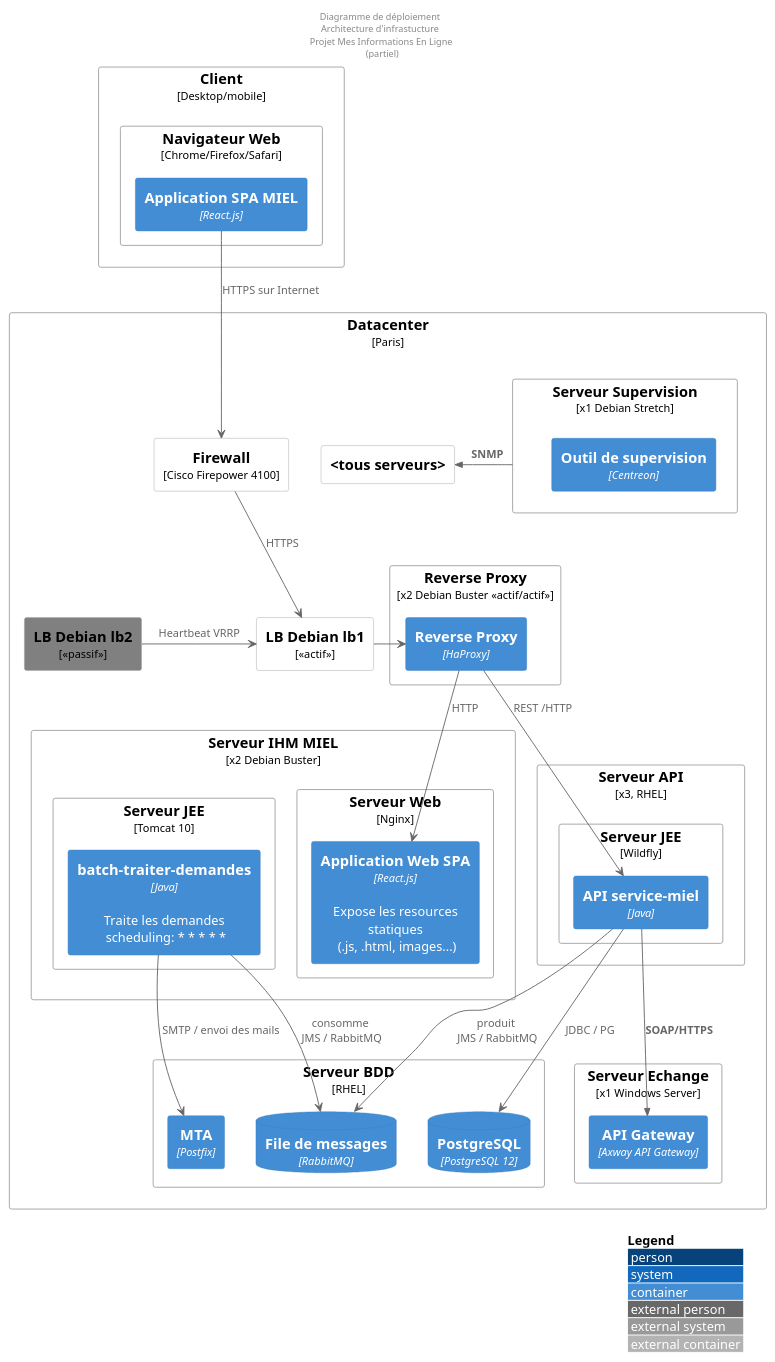
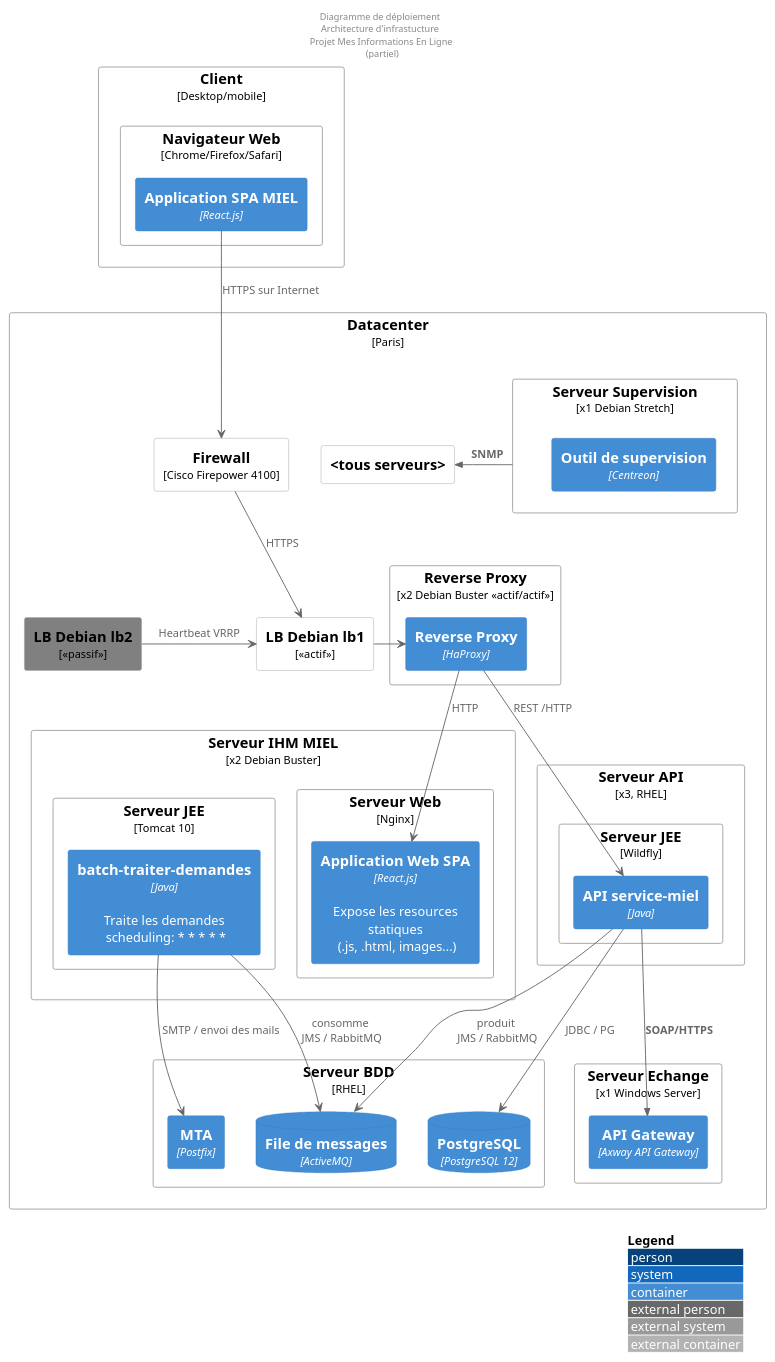
The diagram in diagrammes/archi-infra.puml (bflorat/modele-da), drawn with PlantUML before and after one commit. The commit also changed 8 other files, not shown here.

Commit message:
refactor: cleanup diagrammes

```diff
--- a/diagrammes/archi-infra.puml
+++ b/diagrammes/archi-infra.puml
@@ -1,71 +1,71 @@
 @startuml archi-infra
 !include <C4/C4_Deployment>
 header Diagramme de déploiement \nArchitecture d'infrastucture \n Projet Mes Informations En Ligne \n (partiel)
 LAYOUT_WITH_LEGEND()
 
 AddElementTag("passif", $bgColor="grey")
 
 
 Node("client","Client","Desktop/mobile"){
   Node("nav1","Navigateur Web","Chrome/Firefox/Safari"){
     Container("spa","Application SPA MIEL","React.js")
   }
 }
 
 Node("dc","Datacenter","Paris"){
 
     Node("r2","Firewall","Cisco Firepower 4100")
     Node("lb1","LB Debian lb1","<<actif>>")
     Node("lb2","LB Debian lb2","<<passif>>",$tags='passif')
 
     Node("rp1","Reverse Proxy","x2 Debian Buster <<actif/actif>>"){
       Container("ha1","Reverse Proxy","HaProxy")
     }
 
     Node("serveur_ihm", "Serveur IHM MIEL","x2 Debian Buster") { 
       Node("sw1","Serveur Web","Nginx"){
         Container("ihms1","Application Web SPA","React.js","Expose les resources statiques\n (.js, .html, images...)")
       }
       Node("tomcat_batchs1","Serveur JEE","Tomcat 10"){
         Container("batch1","batch-traiter-demandes","Java","Traite les demandes\n scheduling: * * * * *")
       }
     }
 
     Node("serveur_api","Serveur API","x3, RHEL") { 
       Node("wilfly1","Serveur JEE","Wildfly") {
         Container("api1","API service-miel","Java")        
       }
     }
 
     Node("bdd1", "Serveur BDD","RHEL")  { 
       ContainerDb("pg1","PostgreSQL","PostgreSQL 12")
-      ContainerDb("mq1", "File de messages", "RabbitMQ")
+      ContainerDb("mq1", "File de messages", "ActiveMQ")
       Container("mail1","MTA","Postfix")
     }
 
     Node("tous_serveurs","<tous serveurs>")
     Node("serveur_sup1", "Serveur Supervision","x1 Debian Stretch") {
       Container("sup1","Outil de supervision","Centreon")      
     }
 
     Node("ech1","Serveur Echange","x1 Windows Server") {
       Container("gw1","API Gateway","Axway API Gateway")    
     }
    
 }
 
 spa --> r2 : HTTPS sur Internet
 r2 --> lb1 : HTTPS
 lb2 -> lb1 : Heartbeat VRRP
 lb1 -> ha1
 ha1 --> ihms1 : HTTP
 api1 --> mq1 : produit\n JMS / RabbitMQ
 batch1 -->  mq1 : consomme\n JMS / RabbitMQ
 api1 -->  pg1 : JDBC / PG
 batch1 -->  mail1 : SMTP / envoi des mails
 Rel("api1","gw1","SOAP/HTTPS")
 ha1 --> api1 : REST /HTTP
 Rel_L("serveur_sup1","tous_serveurs","SNMP")
 
 
 @enduml
```
